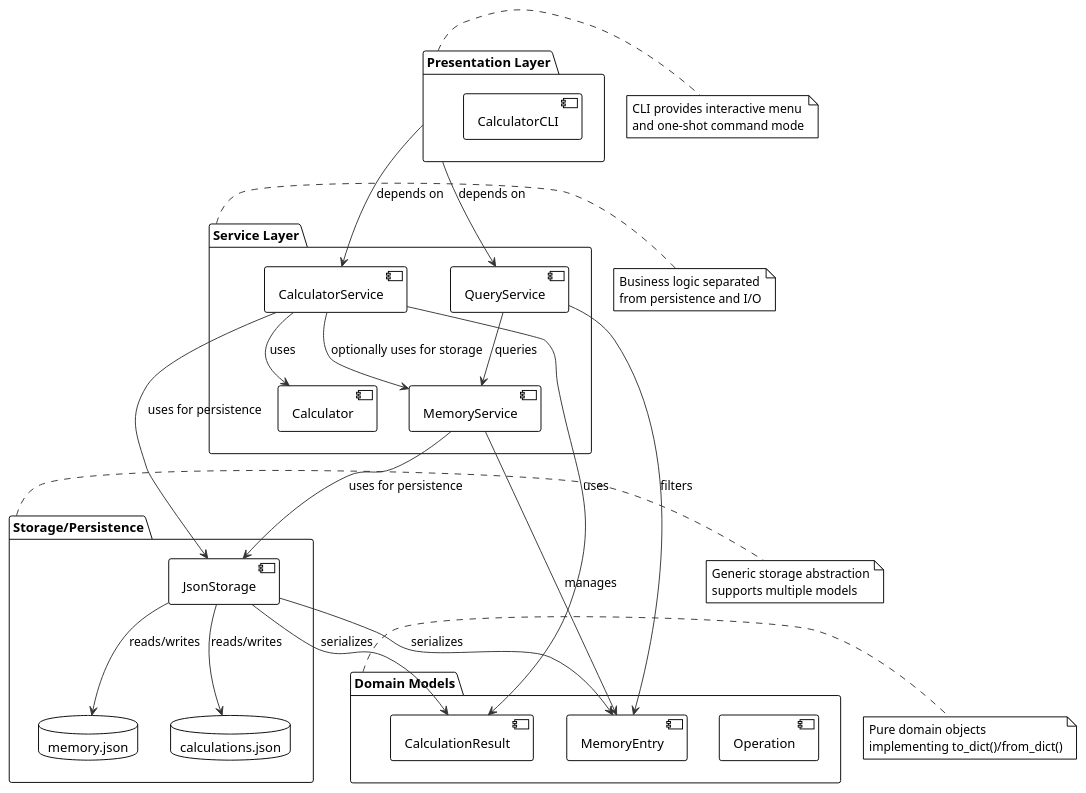
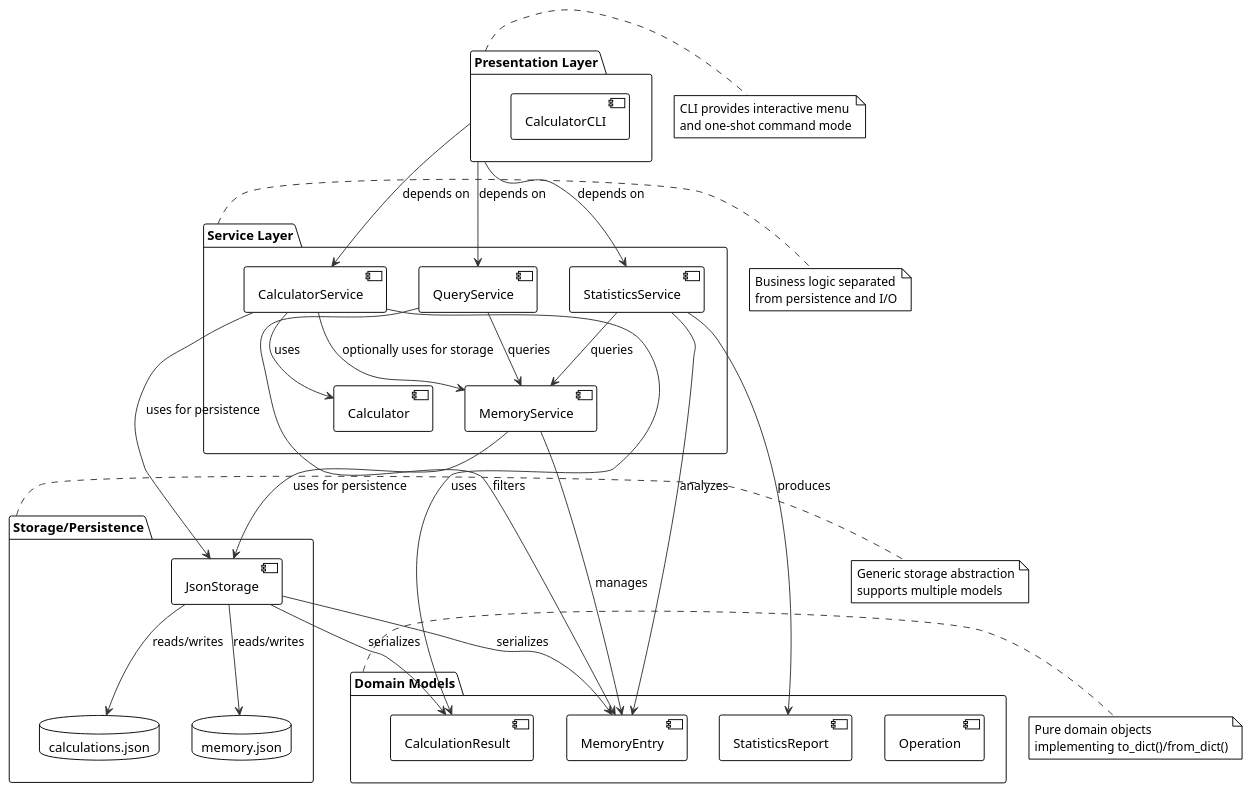
Before and after one commit to DanielRiha8906/Software_autoevolution_using_agents: the diagram in experiments/broadcast/structured_text/calculator/artifacts/architecture_diagram.puml, drawn with PlantUML. The commit also changed 14 other files, not shown here.

```diff
--- a/experiments/broadcast/structured_text/calculator/artifacts/architecture_diagram.puml
+++ b/experiments/broadcast/structured_text/calculator/artifacts/architecture_diagram.puml
@@ -1,71 +1,78 @@
 @startuml
 !theme plain
 skinparam boxBackgroundColor #FAFAFA
 skinparam boxBorderColor #333333
 skinparam arrowColor #333333
 skinparam fontName Courier
 
 package "Presentation Layer" as Presentation {
   component "CalculatorCLI"
 }
 
 package "Service Layer" as Services {
   component "CalculatorService"
   component "MemoryService"
   component "QueryService"
+  component "StatisticsService"
   component "Calculator"
 }
 
 package "Domain Models" as Models {
   component "Operation"
   component "CalculationResult"
   component "MemoryEntry"
+  component "StatisticsReport"
 }
 
 package "Storage/Persistence" as Persistence {
   component "JsonStorage"
   database "calculations.json"
   database "memory.json"
 }
 
 ' Dependencies
 Presentation --> CalculatorService: depends on
 Presentation --> QueryService: depends on
+Presentation --> StatisticsService: depends on
 
 CalculatorService --> Calculator: uses
 CalculatorService --> CalculationResult: uses
 CalculatorService --> MemoryService: optionally uses for storage
 CalculatorService --> JsonStorage: uses for persistence
 
 MemoryService --> MemoryEntry: manages
 MemoryService --> JsonStorage: uses for persistence
 
 QueryService --> MemoryService: queries
 QueryService --> MemoryEntry: filters
+
+StatisticsService --> MemoryService: queries
+StatisticsService --> MemoryEntry: analyzes
+StatisticsService --> StatisticsReport: produces
 
 JsonStorage --> CalculationResult: serializes
 JsonStorage --> MemoryEntry: serializes
 JsonStorage --> calculations.json: reads/writes
 JsonStorage --> memory.json: reads/writes
 
 note right of Presentation
   CLI provides interactive menu
   and one-shot command mode
 end note
 
 note right of Services
   Business logic separated
   from persistence and I/O
 end note
 
 note right of Models
   Pure domain objects
   implementing to_dict()/from_dict()
 end note
 
 note right of Persistence
   Generic storage abstraction
   supports multiple models
 end note
 
 @enduml
```
